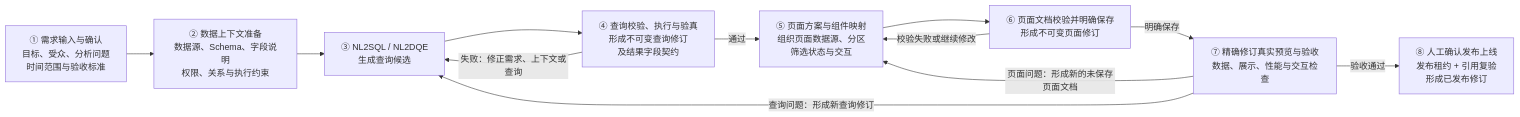
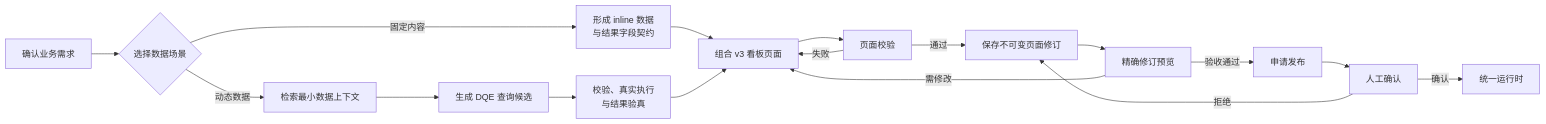
Before and after one commit to CCharlesMeng/MetricCanvas: the diagram in docs/dashboard-page-building-process.md, drawn with Mermaid. The commit also changed other lines of this file and 188 other files, not shown here.

Commit message:
feat: 完成页面 Schema v3 全面迁移

````diff
--- a/docs/dashboard-page-building-process.md
+++ b/docs/dashboard-page-building-process.md
@@ -24,23 +9,33 @@
 ```mermaid
 flowchart LR
-    REQUIREMENT["① 需求输入与确认<br/>目标、受众、分析问题<br/>时间范围与验收标准"]
-    CONTEXT["② 数据上下文准备<br/>数据源、Schema、字段说明<br/>权限、关系与执行约束"]
-    GENERATE["③ NL2SQL / NL2DQE<br/>生成查询候选"]
-    VERIFY["④ 查询校验、执行与验真<br/>形成不可变查询修订<br/>及结果字段契约"]
-    COMPOSE["⑤ 页面方案与组件映射<br/>组织页面数据源、分区<br/>筛选状态与交互"]
-    REVISION["⑥ 页面文档校验并明确保存<br/>形成不可变页面修订"]
-    ACCEPTANCE["⑦ 精确修订真实预览与验收<br/>数据、展示、性能与交互检查"]
-    RELEASE["⑧ 人工确认发布上线<br/>发布租约 + 引用复验<br/>形成已发布修订"]
+    REQUIREMENT["确认业务需求"]
+    MODE{"选择数据场景"}
+    INLINE["形成 inline 数据<br/>与结果字段契约"]
+    CONTEXT["检索最小数据上下文"]
+    QUERY["生成 DQE 查询候选"]
+    VERIFY["校验、真实执行<br/>与结果验真"]
+    COMPOSE["组合 v3 看板页面"]
+    VALIDATE["页面校验"]
+    SAVE["保存不可变页面修订"]
+    PREVIEW["精确修订预览"]
+    PUBLISH["申请发布"]
+    CONFIRM["人工确认"]
+    RUNTIME["统一运行时"]
 
-    REQUIREMENT --> CONTEXT
-    CONTEXT --> GENERATE
-    GENERATE --> VERIFY
-    VERIFY -->|"失败：修正需求、上下文或查询"| GENERATE
-    VERIFY -->|"通过"| COMPOSE
-    COMPOSE --> REVISION
-    REVISION -->|"校验失败或继续修改"| COMPOSE
-    REVISION -->|"明确保存"| ACCEPTANCE
-    ACCEPTANCE -->|"查询问题：形成新查询修订"| GENERATE
-    ACCEPTANCE -->|"页面问题：形成新的未保存页面文档"| COMPOSE
-    ACCEPTANCE -->|"验收通过"| RELEASE
+    REQUIREMENT --> MODE
+    MODE -->|"固定内容"| INLINE
+    MODE -->|"动态数据"| CONTEXT
+    CONTEXT --> QUERY
+    QUERY --> VERIFY
+    INLINE --> COMPOSE
+    VERIFY --> COMPOSE
+    COMPOSE --> VALIDATE
+    VALIDATE -->|"失败"| COMPOSE
+    VALIDATE -->|"通过"| SAVE
+    SAVE --> PREVIEW
+    PREVIEW -->|"需修改"| COMPOSE
+    PREVIEW -->|"验收通过"| PUBLISH
+    PUBLISH --> CONFIRM
+    CONFIRM -->|"拒绝"| SAVE
+    CONFIRM -->|"确认"| RUNTIME
 ```
````
